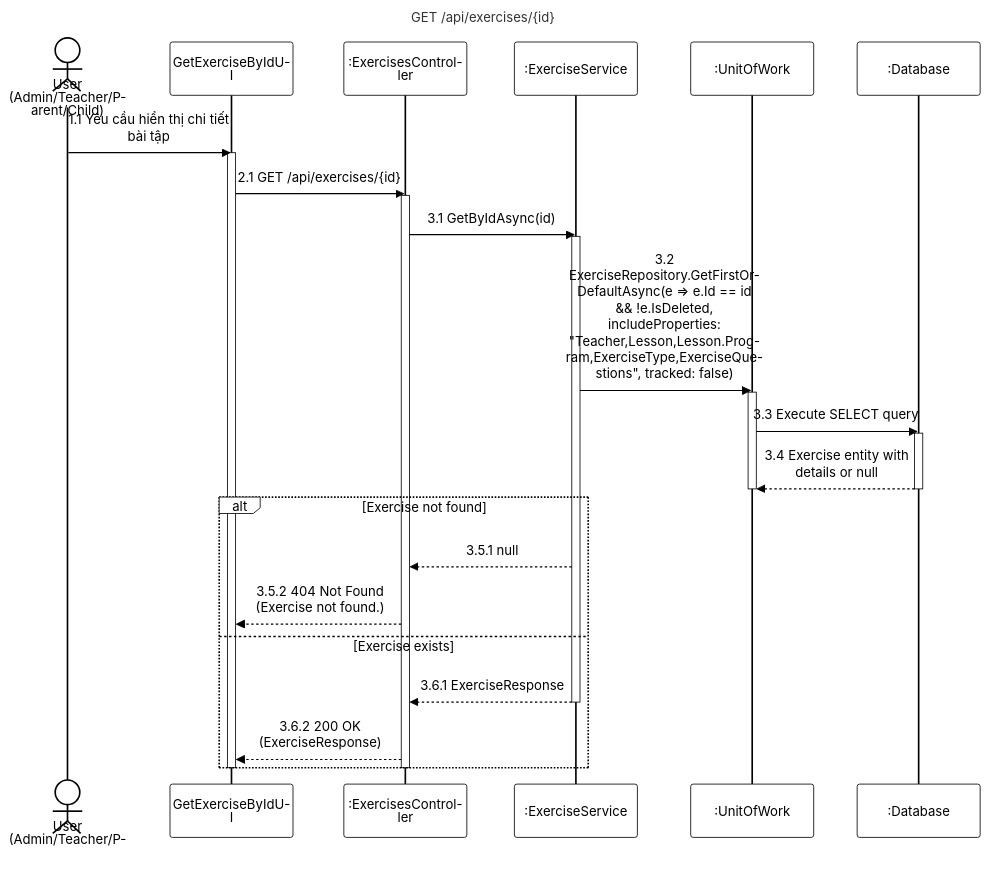
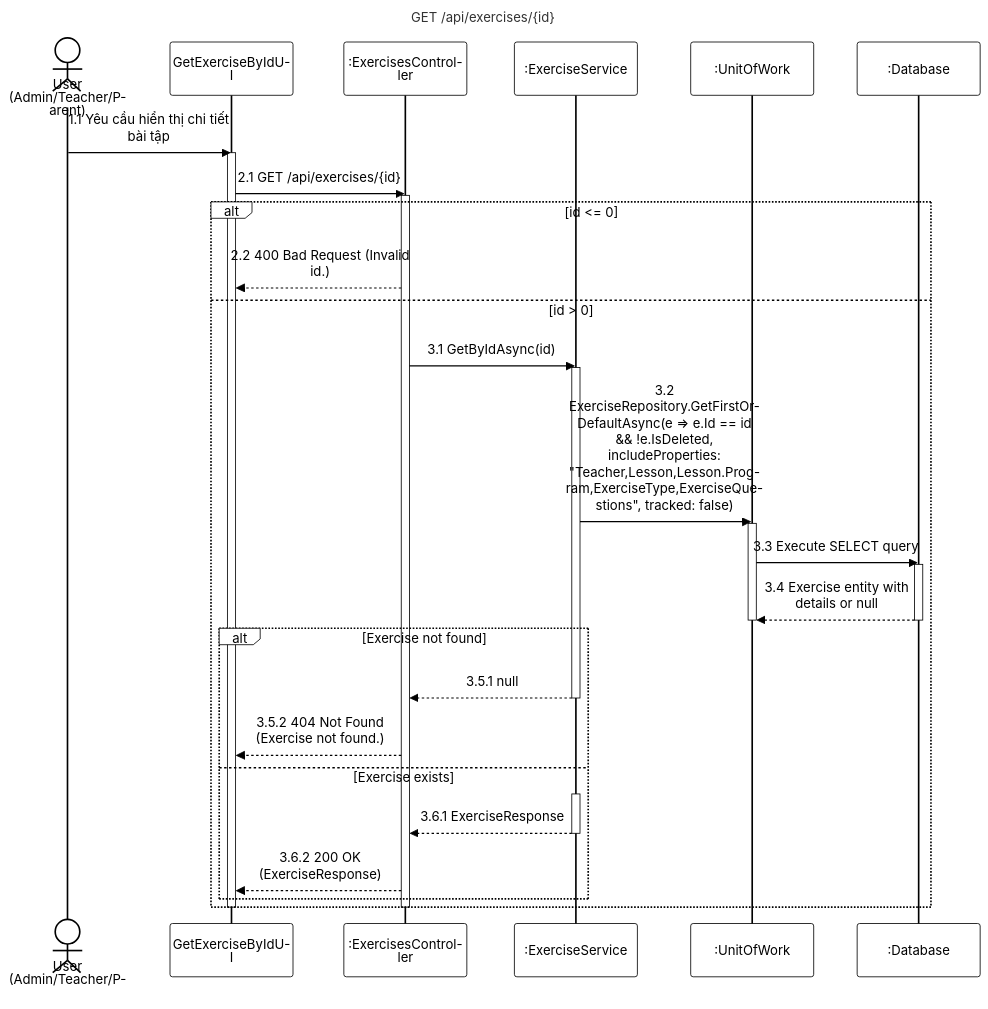
Before and after one commit to PhucAnDev/docx-diagram: the diagram in 05-exercise-question-management/sequence-diagram/apis/get-exercise-by-id.mmd, drawn with Mermaid. The commit also changed 3 other files, not shown here.

Commit message:
fix: update get-list-exercises.mmd and get-exercise-by-id.mmd with correct actors, validations, and activations

```diff
--- a/05-exercise-question-management/sequence-diagram/apis/get-exercise-by-id.mmd
+++ b/05-exercise-question-management/sequence-diagram/apis/get-exercise-by-id.mmd
@@ -1,36 +1,42 @@
 %%{init: {'theme':'base', 'themeVariables': {'actorBkg':'#ffffff','actorBorder':'#000000','actorTextColor':'#000000','actorLineColor':'#000000','signalColor':'#000000','signalTextColor':'#000000','labelBoxBkgColor':'#ffffff','labelBoxBorderColor':'#000000','labelTextColor':'#000000','loopTextColor':'#000000','noteBkgColor':'#ffffff','noteBorderColor':'#000000','noteTextColor':'#000000','activationBorderColor':'#000000','activationBkgColor':'#ffffff','sequenceNumberColor':'#000000'}, 'sequence': {'width':150,'height':65,'actorFontSize':16,'messageFontSize':16,'wrap':true,'wrapPadding':10}}}%%
 sequenceDiagram
     title GET /api/exercises/{id}
-    actor User as User (Admin/Teacher/Parent/Child)
+    actor User as User (Admin/Teacher/Parent)
     participant UI as GetExerciseByIdUI
     participant Endpoint as :ExercisesController
     participant Service as :ExerciseService
     participant DB as :UnitOfWork
     participant Database as :Database
 
     User->>UI: 1.1 Yêu cầu hiển thị chi tiết bài tập
     activate UI
     UI->>Endpoint: 2.1 GET /api/exercises/{id}
     activate Endpoint
 
-    Endpoint->>Service: 3.1 GetByIdAsync(id)
-    activate Service
+    alt id <= 0
+        Endpoint-->>UI: 2.2 400 Bad Request (Invalid id.)
+    else id > 0
+        Endpoint->>Service: 3.1 GetByIdAsync(id)
+        activate Service
 
-    Service->>DB: 3.2 ExerciseRepository.GetFirstOrDefaultAsync(e => e.Id == id && !e.IsDeleted, includeProperties: "Teacher,Lesson,Lesson.Program,ExerciseType,ExerciseQuestions", tracked: false)
-    activate DB
-    DB->>Database: 3.3 Execute SELECT query
-    activate Database
-    Database-->>DB: 3.4 Exercise entity with details or null
-    deactivate Database
-    deactivate DB
+        Service->>DB: 3.2 ExerciseRepository.GetFirstOrDefaultAsync(e => e.Id == id && !e.IsDeleted, includeProperties: "Teacher,Lesson,Lesson.Program,ExerciseType,ExerciseQuestions", tracked: false)
+        activate DB
+        DB->>Database: 3.3 Execute SELECT query
+        activate Database
+        Database-->>DB: 3.4 Exercise entity with details or null
+        deactivate Database
+        deactivate DB
 
-    alt Exercise not found
-        Service-->>Endpoint: 3.5.1 null
-        Endpoint-->>UI: 3.5.2 404 Not Found (Exercise not found.)
-    else Exercise exists
-        Service-->>Endpoint: 3.6.1 ExerciseResponse
-        deactivate Service
-        Endpoint-->>UI: 3.6.2 200 OK (ExerciseResponse)
+        alt Exercise not found
+            Service-->>Endpoint: 3.5.1 null
+            deactivate Service
+            Endpoint-->>UI: 3.5.2 404 Not Found (Exercise not found.)
+        else Exercise exists
+            activate Service
+            Service-->>Endpoint: 3.6.1 ExerciseResponse
+            deactivate Service
+            Endpoint-->>UI: 3.6.2 200 OK (ExerciseResponse)
+        end
     end
     deactivate Endpoint
     deactivate UI
```
